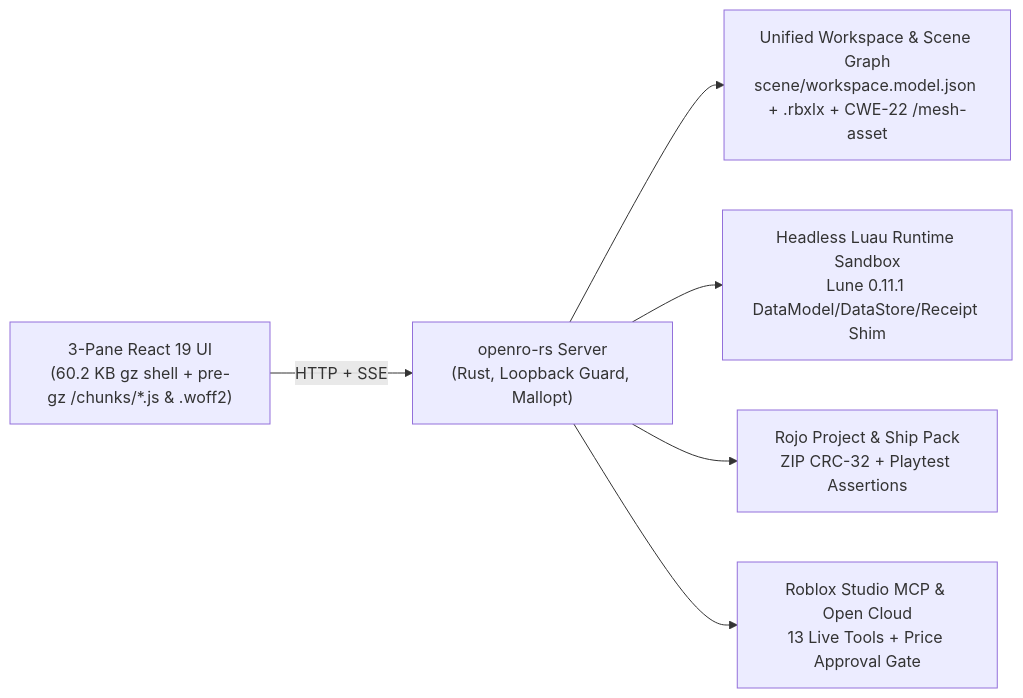
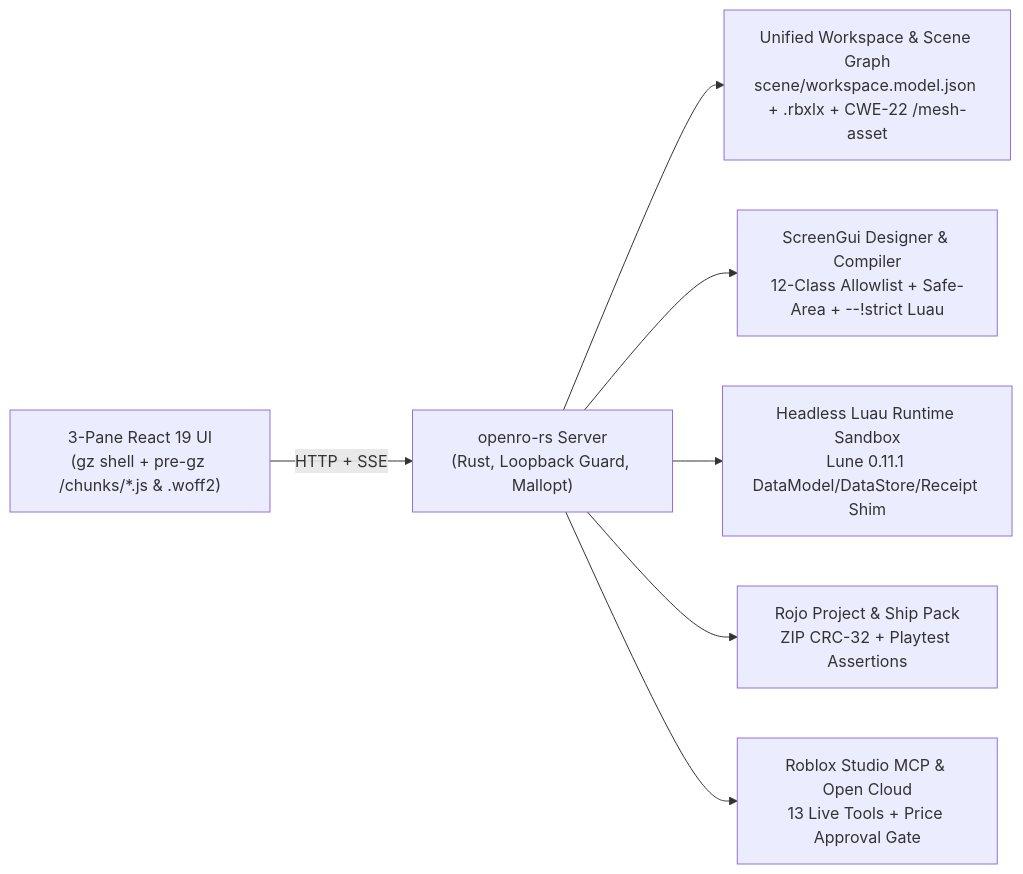
One commit to cayleb-james2008/open-ro changed the diagram in README.md. Above: the diagram before and after it, drawn with Mermaid. The commit also changed other lines of this file and 51 other files, not shown here.

Commit message:
release(v1.21.0): integrate ScreenGui designer, safe-area simulator, and strict Luau compiler

````diff
--- a/README.md
+++ b/README.md
@@ -74,8 +85,9 @@
 ```mermaid
 flowchart LR
-  UI["3-Pane React 19 UI<br/>(60.2 KB gz shell + pre-gz /chunks/*.js & .woff2)"] -->|HTTP + SSE| SRV["openro-rs Server<br/>(Rust, Loopback Guard, Mallopt)"]
+  UI["3-Pane React 19 UI<br/>(gz shell + pre-gz /chunks/*.js & .woff2)"] -->|HTTP + SSE| SRV["openro-rs Server<br/>(Rust, Loopback Guard, Mallopt)"]
   SRV --> LP["Unified Workspace &amp; Scene Graph<br/>scene/workspace.model.json + .rbxlx + CWE-22 /mesh-asset"]
+  SRV --> GD["ScreenGui Designer &amp; Compiler<br/>12-Class Allowlist + Safe-Area + --!strict Luau"]
   SRV --> SB["Headless Luau Runtime Sandbox<br/>Lune 0.11.1 DataModel/DataStore/Receipt Shim"]
   SRV --> PJ["Rojo Project &amp; Ship Pack<br/>ZIP CRC-32 + Playtest Assertions"]
   SRV --> MCP["Roblox Studio MCP &amp; Open Cloud<br/>13 Live Tools + Price Approval Gate"]
 ```
````
